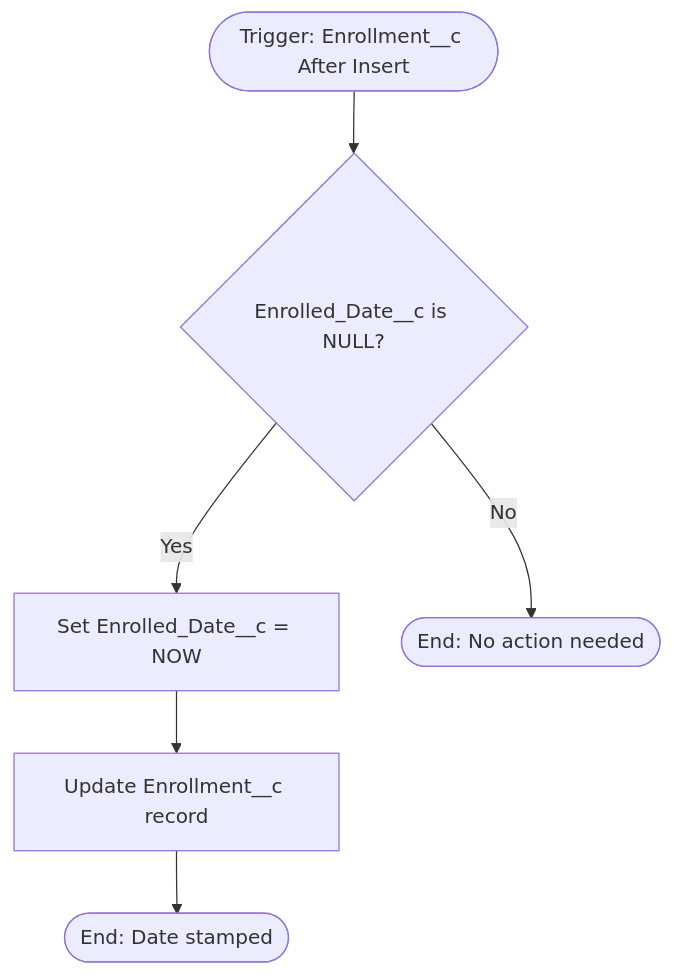
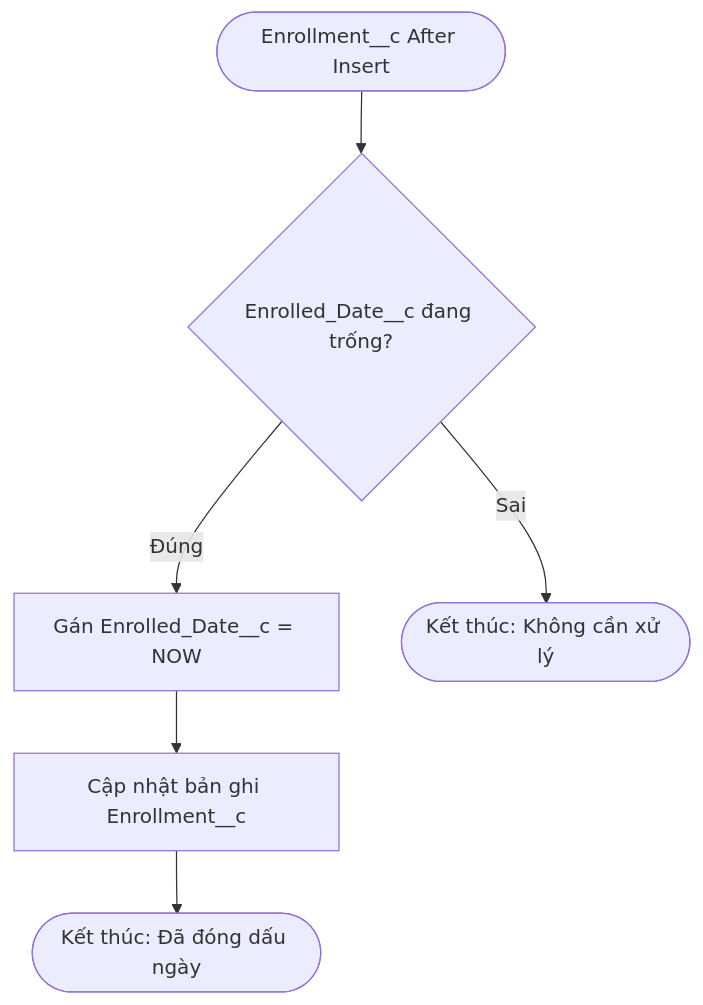
One commit to LaPhuocLoc/Salesforce-Project changed the fifth of 8 diagrams in Flow.md. Above: the diagram before and after it, drawn with Mermaid. The commit also changed other lines of this file, not shown here.

Commit message:
Translate Business Process Flows to Vietnamese

````diff
--- a/Flow.md
+++ b/Flow.md
@@ -137,8 +137,8 @@
 ```mermaid
 flowchart TD
-    A([Trigger: Enrollment__c After Insert]) --> B{Enrolled_Date__c is NULL?}
-    B -- Yes --> C[Set Enrolled_Date__c = NOW]
-    C --> D[Update Enrollment__c record]
-    D --> E([End: Date stamped])
-    B -- No --> F([End: No action needed])
+    A([Enrollment__c After Insert]) --> B{Enrolled_Date__c đang trống?}
+    B -- Đúng --> C[Gán Enrolled_Date__c = NOW]
+    C --> D[Cập nhật bản ghi Enrollment__c]
+    D --> E([Kết thúc: Đã đóng dấu ngày])
+    B -- Sai --> F([Kết thúc: Không cần xử lý])
 ```
````
